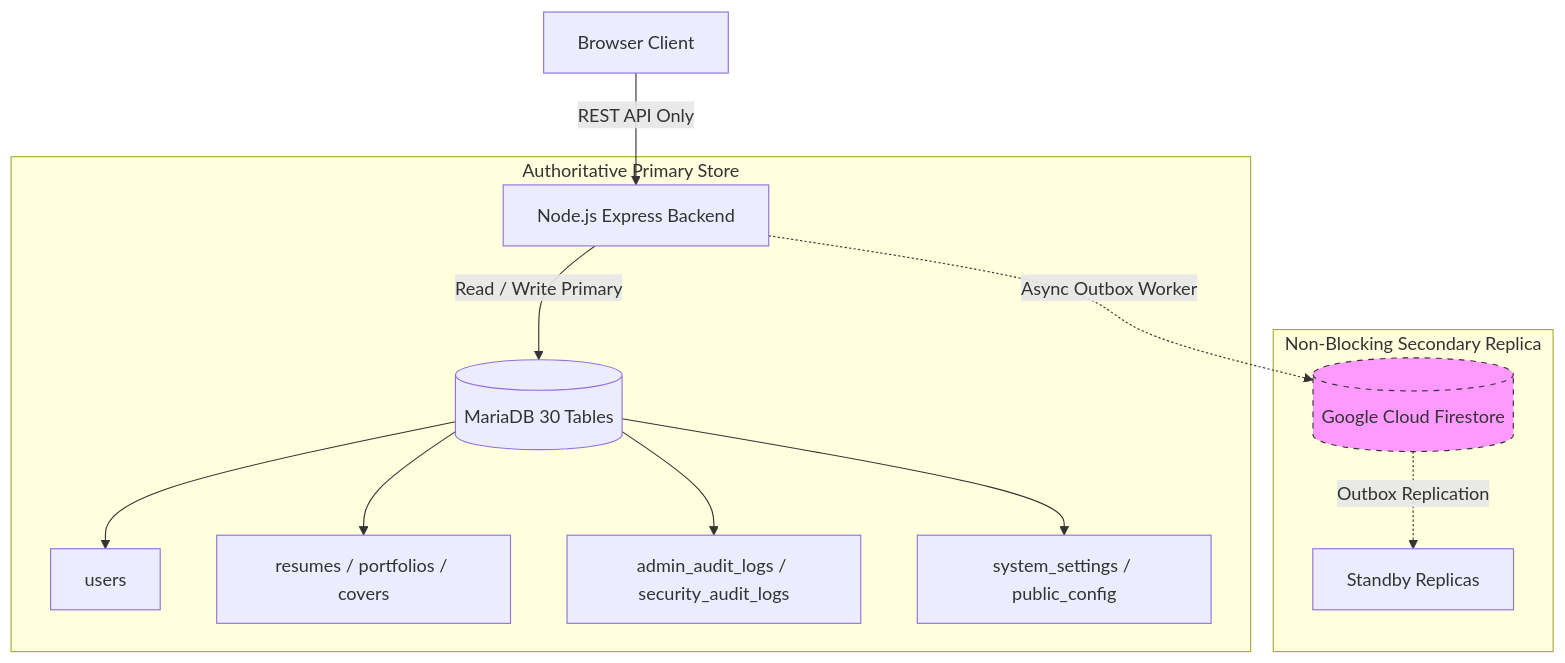
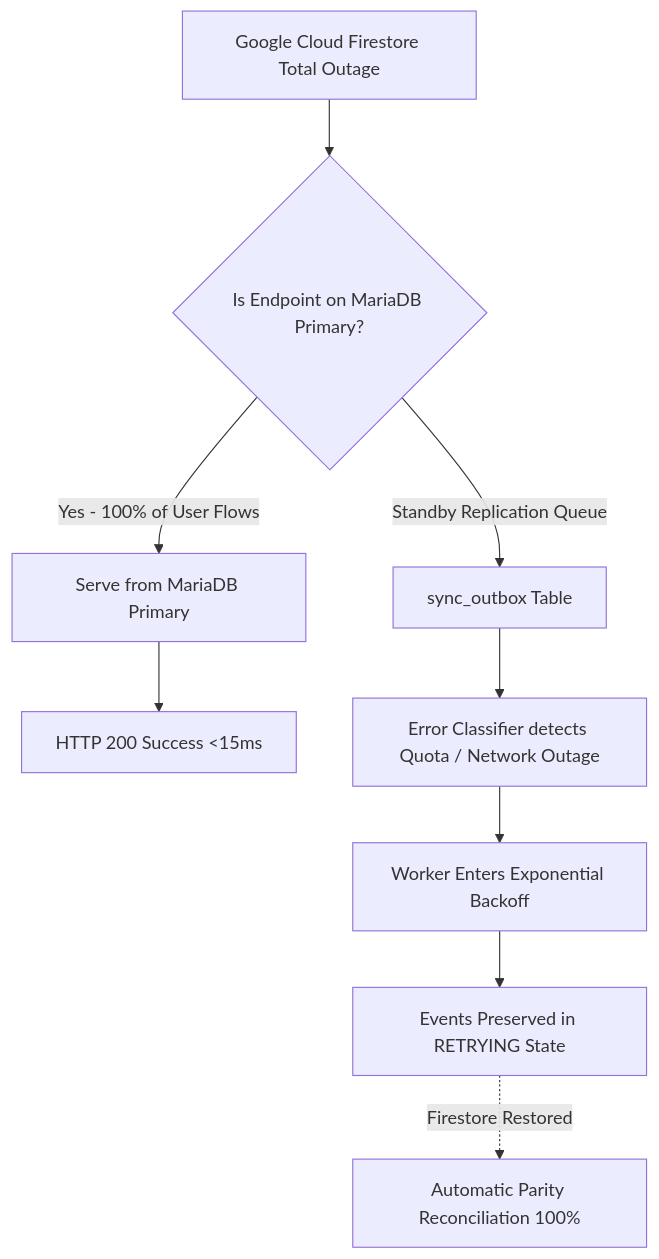
One commit to bhaskarbeyond-creator/ResumePilotAi changed the diagram in docs/FINAL_FIRESTORE_FAILURE_BLAST_RADIUS.md. Above: the diagram before and after it, drawn with Mermaid. The commit also changed other lines of this file and 21 other files, not shown here.

Commit message:
feat(zero-trust): finalize whole-codebase zero-trust firestore isolation, bidirectional sync hardening, and production certification

````diff
--- a/docs/FINAL_FIRESTORE_FAILURE_BLAST_RADIUS.md
+++ b/docs/FINAL_FIRESTORE_FAILURE_BLAST_RADIUS.md
@@ -29,19 +11,13 @@
 ```mermaid
 graph TD
-    Client[Browser Client] -->|REST API Only| Express[Node.js Express Backend]
+    A[Google Cloud Firestore Total Outage] --> B{Is Endpoint on MariaDB Primary?}
+    B -->|Yes - 100% of User Flows| C[Serve from MariaDB Primary]
+    C --> D[HTTP 200 Success <15ms]
     
-    subgraph Primary Storage [Authoritative Primary Store]
-        Express -->|Read / Write Primary| MariaDB[(MariaDB 30 Tables)]
-        MariaDB --> Users[users]
-        MariaDB --> Resumes[resumes / portfolios / covers]
-        MariaDB --> AuditLogs[admin_audit_logs / security_audit_logs]
-        MariaDB --> Settings[system_settings / public_config]
-    end
-
-    subgraph Async Standby [Non-Blocking Secondary Replica]
-        Express -.->|Async Outbox Worker| Firestore[(Google Cloud Firestore)]
-        Firestore -.->|Outbox Replication| StandbyDocs[Standby Replicas]
-    end
+    B -->|Standby Replication Queue| E[sync_outbox Table]
+    E --> F[Error Classifier detects Quota / Network Outage]
+    F --> G[Worker Enters Exponential Backoff]
+    G --> H[Events Preserved in RETRYING State]
     
-    style Firestore fill:#f9f,stroke:#333,stroke-dasharray: 5 5
+    H -.->|Firestore Restored| I[Automatic Parity Reconciliation 100%]
 ```
````
